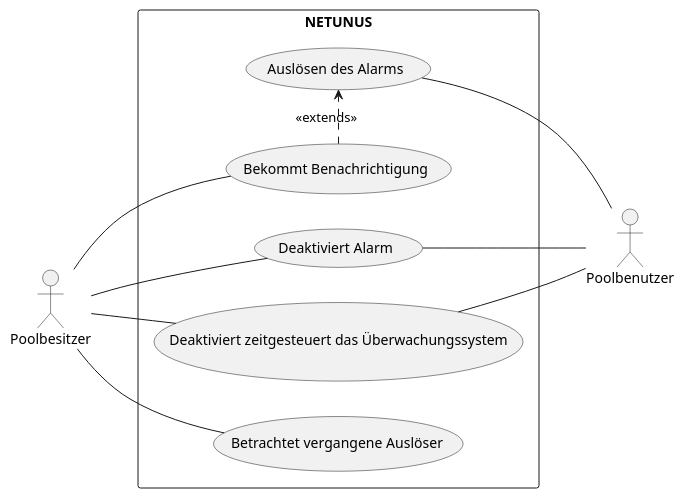
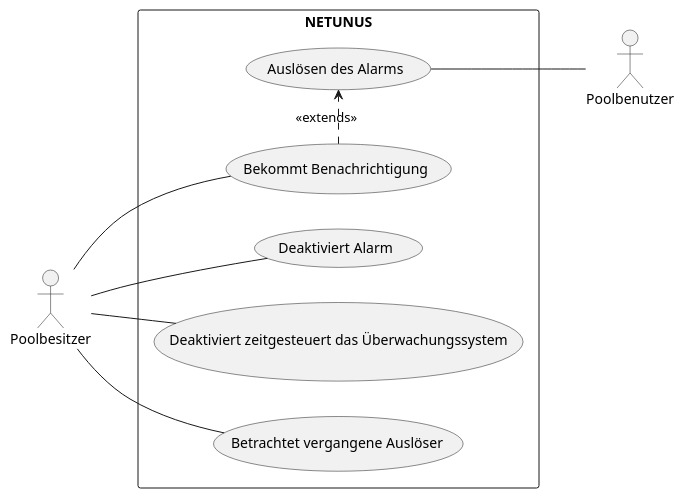
The diagram in Assets/use-case-diagram.iuml (KonstantinFrank01/safer-pool), drawn with PlantUML before and after one commit.

Commit message:
Change to latest version

```diff
--- a/Assets/use-case-diagram.iuml
+++ b/Assets/use-case-diagram.iuml
@@ -1,15 +1,13 @@
 @startuml
 left to right direction
 actor Poolbesitzer
 actor Poolbenutzer
 rectangle NETUNUS{
     Poolbesitzer -- (Bekommt Benachrichtigung)
     Poolbesitzer -- (Deaktiviert Alarm)
     Poolbesitzer -- (Deaktiviert zeitgesteuert das Überwachungssystem)
     Poolbesitzer -- (Betrachtet vergangene Auslöser)
     (Bekommt Benachrichtigung) .> (Auslösen des Alarms) : <<extends>>
-    (Deaktiviert Alarm) -- Poolbenutzer
-    (Deaktiviert zeitgesteuert das Überwachungssystem) -- Poolbenutzer
     (Auslösen des Alarms) -- Poolbenutzer
 }
 @enduml
```
